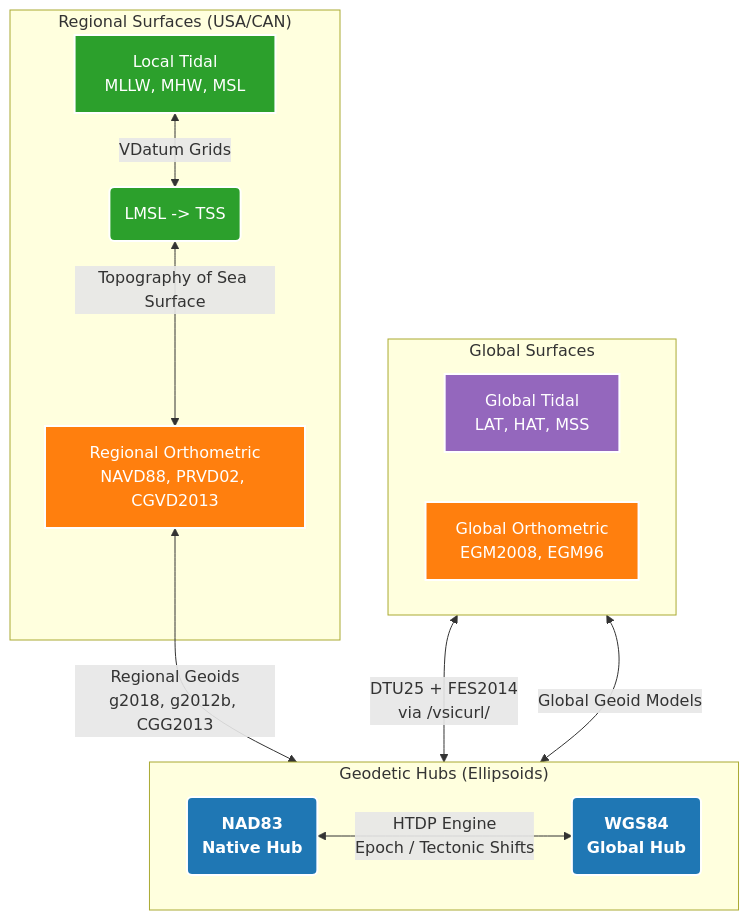
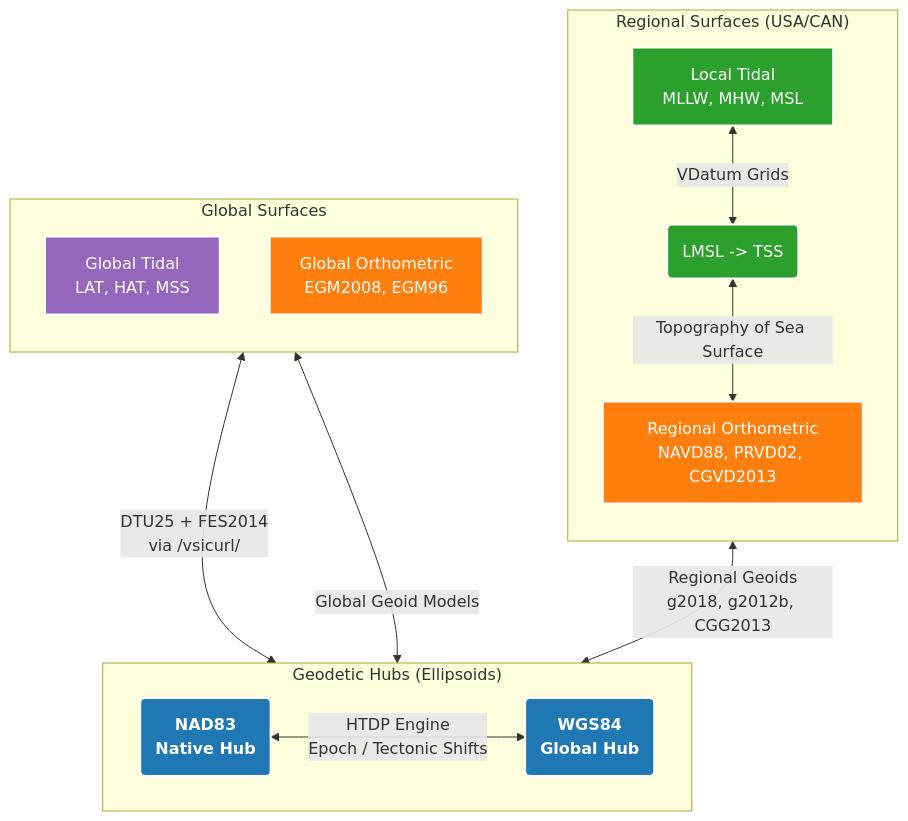
One commit to ciresdem/transformez changed the diagram in docs/source/user_guide/methodology.md. Above: the diagram before and after it, drawn with Mermaid. The commit also changed other lines of this file and 6 other files, not shown here.

````diff
--- a/docs/source/user_guide/methodology.md
+++ b/docs/source/user_guide/methodology.md
@@ -7,27 +7,28 @@
 ```mermaid
 flowchart TD
     %% Define Styles
     classDef hub fill:#1f77b4,stroke:#fff,stroke-width:2px,color:#fff,font-weight:bold
     classDef tidal fill:#2ca02c,stroke:#fff,stroke-width:2px,color:#fff
     classDef ortho fill:#ff7f0e,stroke:#fff,stroke-width:2px,color:#fff
     classDef global fill:#9467bd,stroke:#fff,stroke-width:2px,color:#fff
 
     subgraph "Regional Surfaces (USA/CAN)"
+		direction TB
         A[Local Tidal<br>MLLW, MHW, MSL]:::tidal <-->|VDatum Grids| B(LMSL -> TSS):::tidal
         B <-->|Topography of Sea Surface| C[Regional Orthometric<br>NAVD88, PRVD02, CGVD2013]:::ortho
     end
 
     subgraph "Global Surfaces"
-		direction LR
+		direction TB
         D[Global Tidal<br>LAT, HAT, MSS]:::global
         G[Global Orthometric<br>EGM2008, EGM96]:::ortho
     end
 
     subgraph "Geodetic Hubs (Ellipsoids)"
         direction LR
         C <-->|Regional Geoids<br>g2018, g2012b, CGG2013| E(NAD83<br>Native Hub):::hub
         D <-->|DTU25 + FES2014<br>via /vsicurl/| F(WGS84<br>Global Hub):::hub
         G <-->|Global Geoid Models| F
         E <-->|HTDP Engine<br>Epoch / Tectonic Shifts| F
     end
 ```
````
